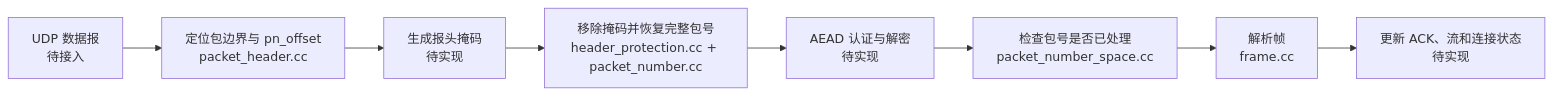
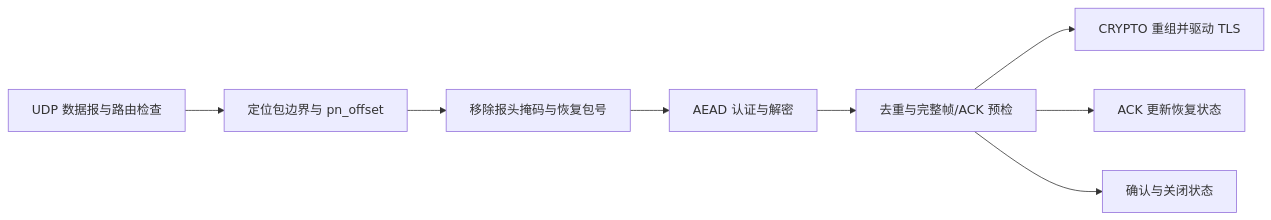
The diagram in docs/quic-v1/implementation.md (GodHuai/cs144-my), drawn with Mermaid before and after one commit. The commit also changed other lines of this file and 6 other files, not shown here.

````diff
--- a/docs/quic-v1/implementation.md
+++ b/docs/quic-v1/implementation.md
@@ -19,10 +13,10 @@
 ```mermaid
 flowchart LR
-  A[UDP 数据报<br/>待接入] --> B[定位包边界与 pn_offset<br/>packet_header.cc]
-  B --> C[生成报头掩码<br/>待实现]
-  C --> D[移除掩码并恢复完整包号<br/>header_protection.cc + packet_number.cc]
-  D --> E[AEAD 认证与解密<br/>待实现]
-  E --> F[检查包号是否已处理<br/>packet_number_space.cc]
-  F --> G[解析帧<br/>frame.cc]
-  G --> H[更新 ACK、流和连接状态<br/>待实现]
+  A[UDP 数据报与路由检查] --> B[定位包边界与 pn_offset]
+  B --> C[移除报头掩码与恢复包号]
+  C --> D[AEAD 认证与解密]
+  D --> E[去重与完整帧/ACK 预检]
+  E --> F[CRYPTO 重组并驱动 TLS]
+  E --> G[ACK 更新恢复状态]
+  E --> H[确认与关闭状态]
 ```
````
